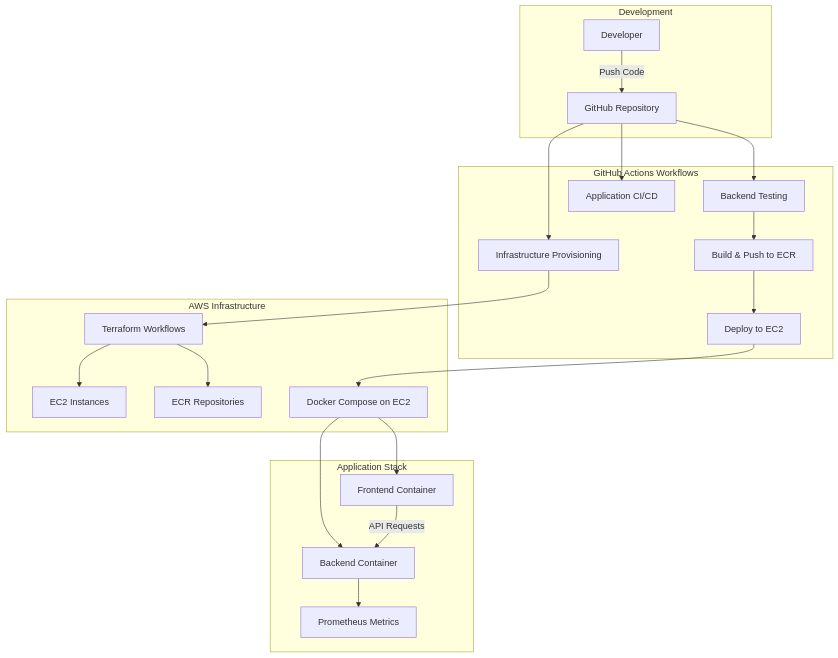
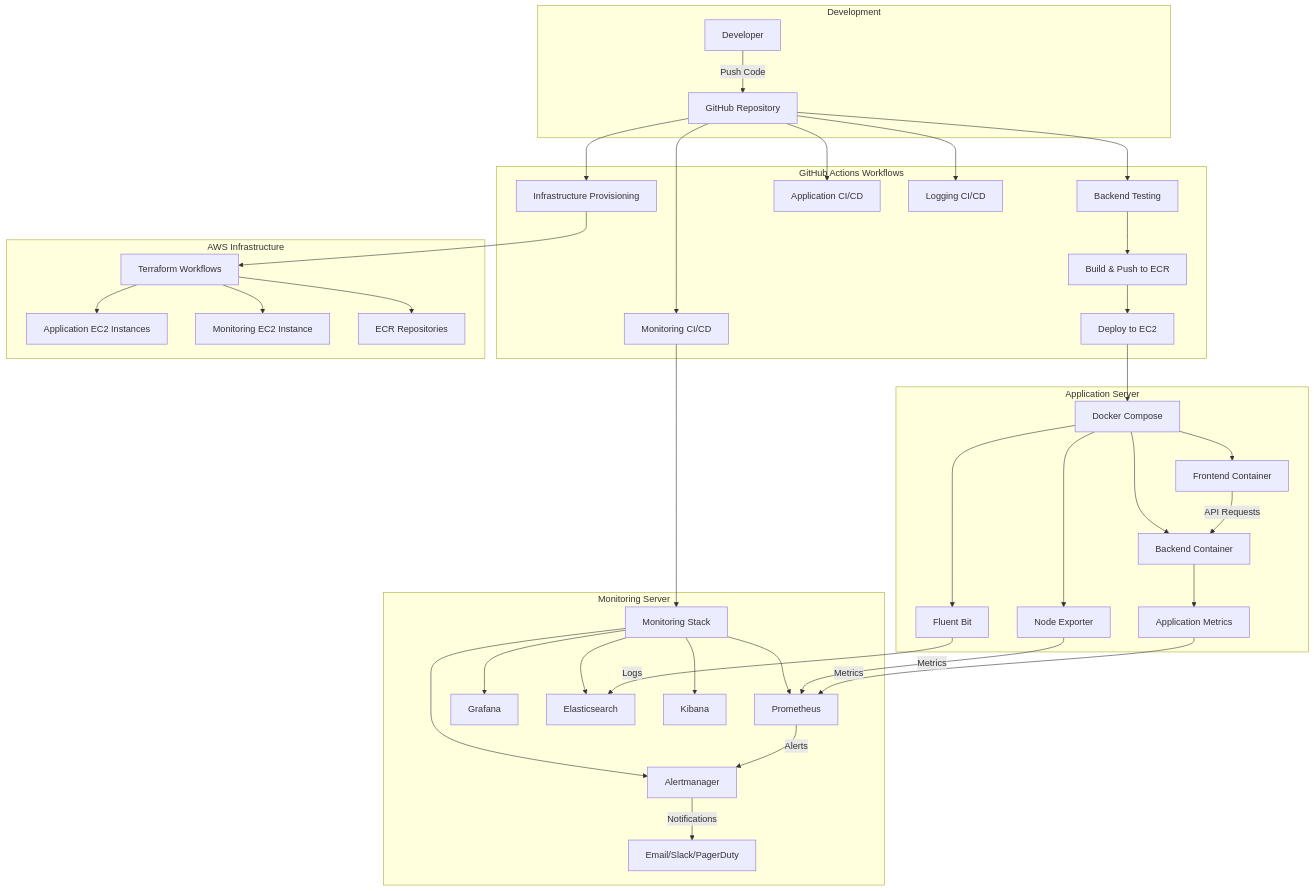
One commit to Nwaubani-Godson/tracker-app-devops-fullstack changed the diagram in README.md. Above: the diagram before and after it, drawn with Mermaid. The commit also changed other lines of this file and 2 other files, not shown here.

Commit message:
changed the compose file naming for uniformity

````diff
--- a/README.md
+++ b/README.md
@@ -23,28 +22,47 @@
 ```mermaid
 flowchart TB
     subgraph "Development"
         A[Developer] -->|Push Code| B[GitHub Repository]
     end
     
     subgraph "GitHub Actions Workflows"
         B --> C[Backend Testing]
         B --> D[Infrastructure Provisioning]
         B --> E[Application CI/CD]
-        C --> F[Build & Push to ECR]
-        F --> G[Deploy to EC2]
+        B --> F[Monitoring CI/CD]
+        B --> G[Logging CI/CD]
+        C --> H[Build & Push to ECR]
+        H --> I[Deploy to EC2]
     end
     
     subgraph "AWS Infrastructure"
-        D --> H[Terraform Workflows]
-        H --> I[EC2 Instances]
-        H --> J[ECR Repositories]
-        G --> K[Docker Compose on EC2]
+        D --> J[Terraform Workflows]
+        J --> K[Application EC2 Instances]
+        J --> L[Monitoring EC2 Instance]
+        J --> M[ECR Repositories]
     end
     
-    subgraph "Application Stack"
-        K --> L[Frontend Container]
-        K --> M[Backend Container]
-        M --> N[Prometheus Metrics]
-        L -->|API Requests| M
+    subgraph "Application Server"
+        I --> N[Docker Compose]
+        N --> O[Frontend Container]
+        N --> P[Backend Container]
+        N --> Q[Node Exporter]
+        N --> R[Fluent Bit]
+        P --> S[Application Metrics]
+        O -->|API Requests| P
+    end
+    
+    subgraph "Monitoring Server"
+        F --> T[Monitoring Stack]
+        T --> U[Prometheus]
+        T --> V[Alertmanager]
+        T --> W[Grafana]
+        T --> X[Elasticsearch]
+        T --> Y[Kibana]
+        Q -->|Metrics| U
+        R -->|Logs| X
+        S -->|Metrics| U
+        U -->|Alerts| V
+        V -->|Notifications| Z[Email/Slack/PagerDuty]
     end
 ```
````
